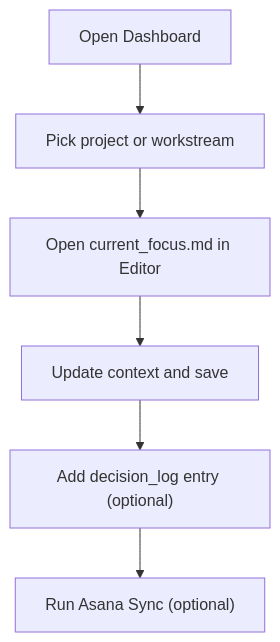
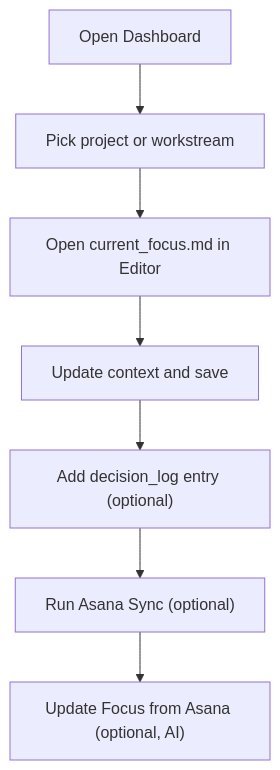
One commit to yt3trees/ProjectCurator changed the third of 4 diagrams in README.md. Above: the diagram before and after it, drawn with Mermaid. The commit also changed other lines of this file and 19 other files, not shown here.

Commit message:
feat: integrate AI focus update flow into editor and settings

````diff
--- a/README.md
+++ b/README.md
@@ -146,8 +163,9 @@
 ```mermaid
 flowchart TD
     A["Open Dashboard"] --> B["Pick project or workstream"]
     B --> C["Open current_focus.md in Editor"]
     C --> D["Update context and save"]
     D --> E["Add decision_log entry (optional)"]
     E --> F["Run Asana Sync (optional)"]
+    F --> G["Update Focus from Asana (optional, AI)"]
 ```
````
